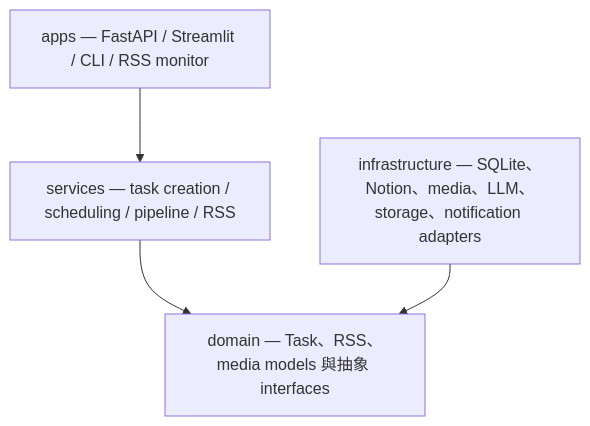
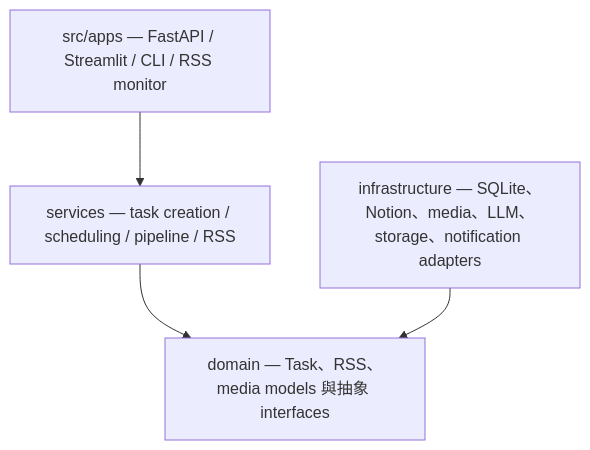
The diagram in openwiki/architecture/module-boundaries-and-dependencies.md (Rjiegit/youtube-transcript-summarizer), drawn with Mermaid before and after one commit. The commit also changed other lines of this file and 78 other files, not shown here.

````diff
--- a/openwiki/architecture/module-boundaries-and-dependencies.md
+++ b/openwiki/architecture/module-boundaries-and-dependencies.md
@@ -51,6 +53,6 @@
 ```mermaid
 flowchart TD
-    Apps["apps — FastAPI / Streamlit / CLI / RSS monitor"] --> Services["services — task creation / scheduling / pipeline / RSS"]
+    Apps["src/apps — FastAPI / Streamlit / CLI / RSS monitor"] --> Services["services — task creation / scheduling / pipeline / RSS"]
     Services --> Domain["domain — Task、RSS、media models 與抽象 interfaces"]
     Infrastructure["infrastructure — SQLite、Notion、media、LLM、storage、notification adapters"] --> Domain
 ```
````
